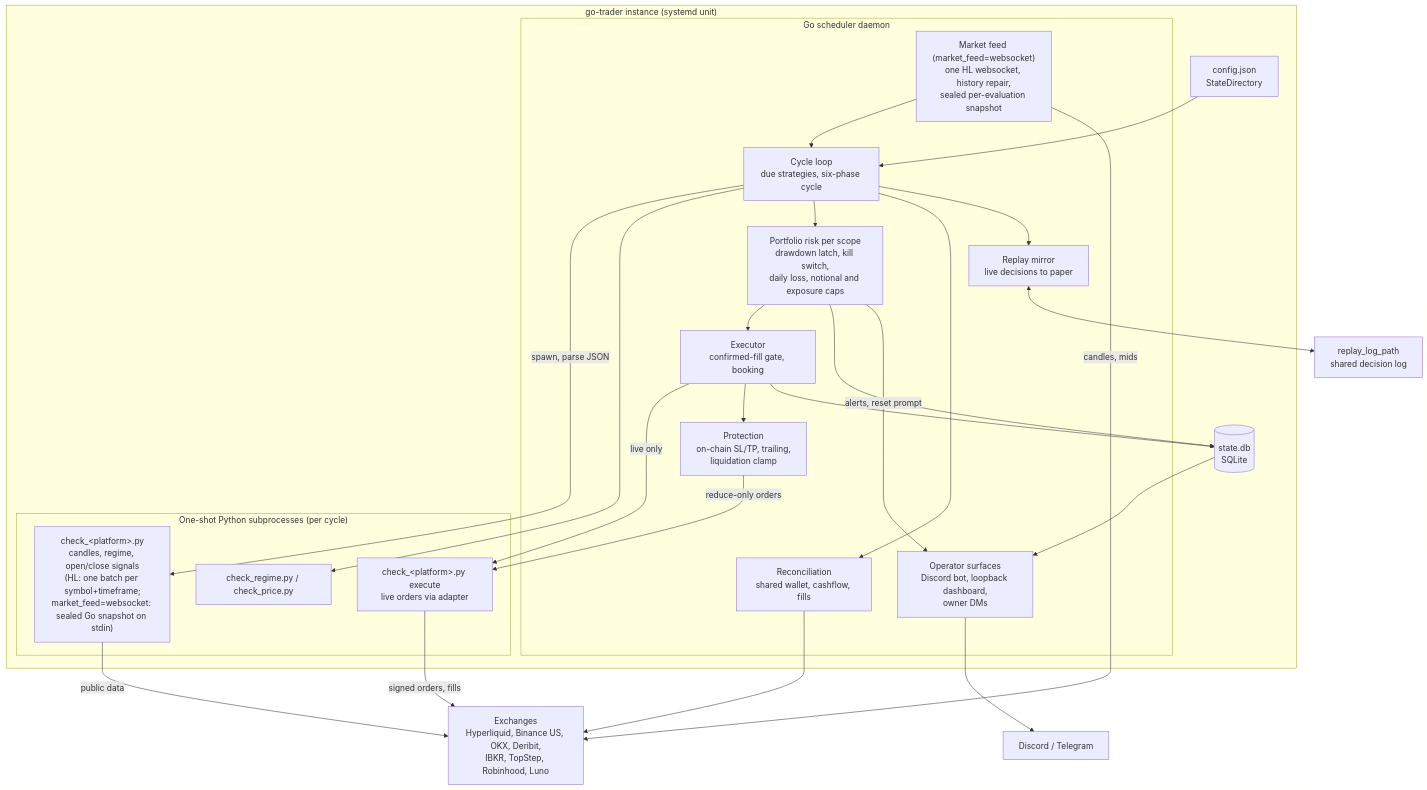
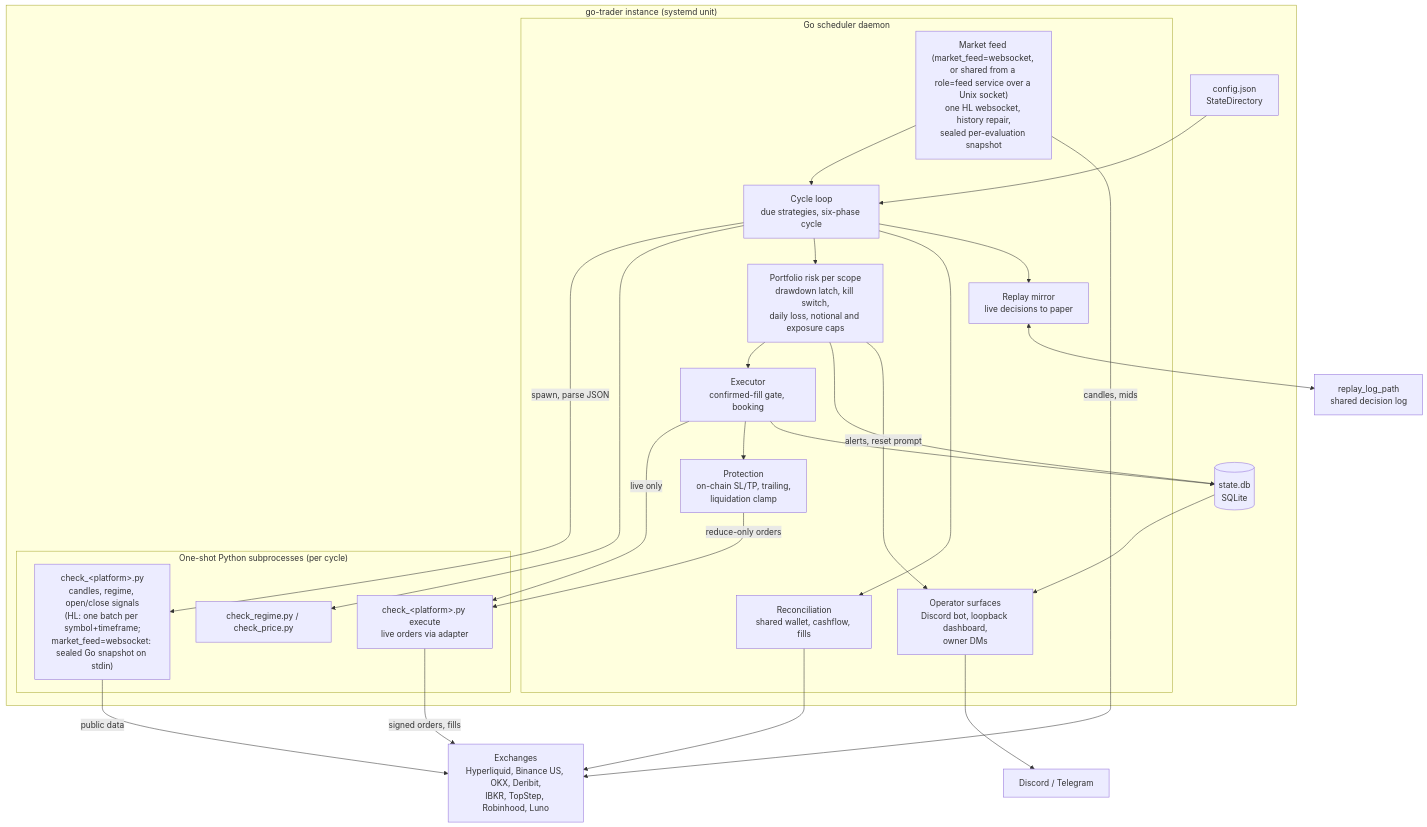
Before and after one commit to richkuo/go-trader: the diagram in README.md, drawn with Mermaid. The commit also changed 25 other files, not shown here.

````diff
--- a/README.md
+++ b/README.md
@@ -90,46 +90,46 @@
 ```mermaid
 flowchart TB
     subgraph Instance["go-trader instance (systemd unit)"]
         CFG["config.json<br/>StateDirectory"]
         DB[("state.db<br/>SQLite")]
         subgraph Daemon["Go scheduler daemon"]
             LOOP["Cycle loop<br/>due strategies, six-phase cycle"]
             RISK["Portfolio risk per scope<br/>drawdown latch, kill switch,<br/>daily loss, notional and exposure caps"]
             EXEC["Executor<br/>confirmed-fill gate, booking"]
             PROT["Protection<br/>on-chain SL/TP, trailing,<br/>liquidation clamp"]
             RECON["Reconciliation<br/>shared wallet, cashflow, fills"]
             MIRROR["Replay mirror<br/>live decisions to paper"]
-            FEED["Market feed (market_feed=websocket)<br/>one HL websocket, history repair,<br/>sealed per-evaluation snapshot"]
+            FEED["Market feed (market_feed=websocket, or shared from a role=feed service over a Unix socket)<br/>one HL websocket, history repair,<br/>sealed per-evaluation snapshot"]
             OPS["Operator surfaces<br/>Discord bot, loopback dashboard,<br/>owner DMs"]
         end
         subgraph Py["One-shot Python subprocesses (per cycle)"]
             CHECK["check_&lt;platform&gt;.py<br/>candles, regime, open/close signals<br/>(HL: one batch per symbol+timeframe;<br/>market_feed=websocket: sealed Go snapshot on stdin)"]
             XQ["check_&lt;platform&gt;.py execute<br/>live orders via adapter"]
             REG["check_regime.py / check_price.py"]
         end
     end
     EXCH["Exchanges<br/>Hyperliquid, Binance US, OKX, Deribit,<br/>IBKR, TopStep, Robinhood, Luno"]
     DISC["Discord / Telegram"]
     LOG["replay_log_path<br/>shared decision log"]
 
     CFG --> LOOP
     FEED --> LOOP
     FEED -->|candles, mids| EXCH
     LOOP -->|spawn, parse JSON| CHECK
     LOOP --> REG
     LOOP --> RISK --> EXEC
     EXEC -->|live only| XQ
     EXEC --> PROT
     PROT -->|reduce-only orders| XQ
     CHECK -->|public data| EXCH
     XQ -->|signed orders, fills| EXCH
     RECON --> EXCH
     LOOP --> RECON
     EXEC --> DB
     RISK --> DB
     LOOP --> MIRROR
     MIRROR <--> LOG
     OPS --> DISC
     RISK -->|alerts, reset prompt| OPS
     DB --> OPS
 ```
````
